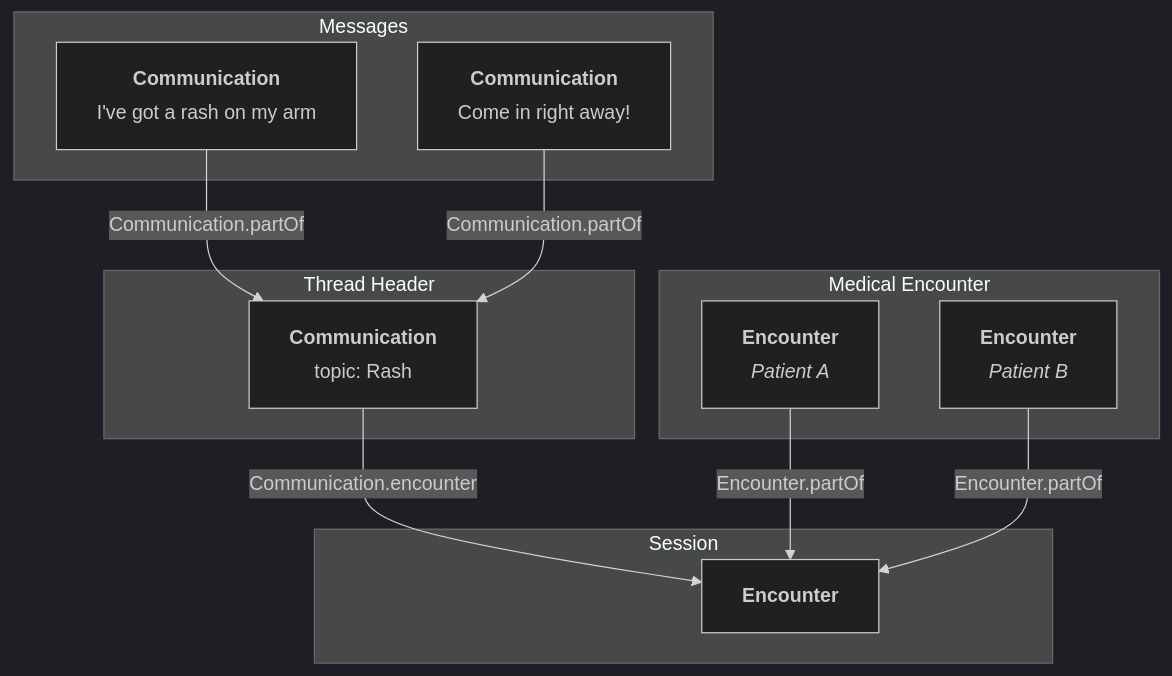
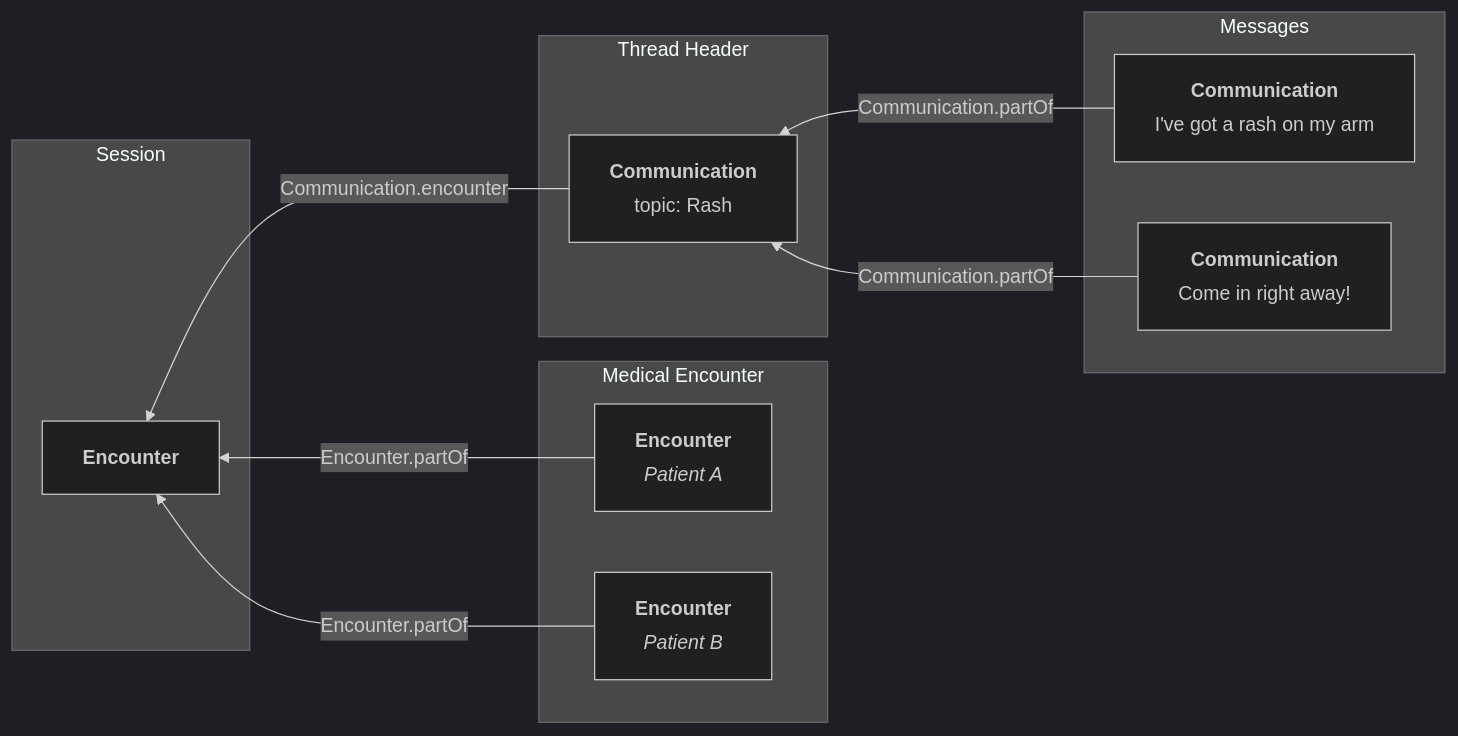
The second of 2 diagrams in packages/docs/docs/communications/async-encounters/async-encounters.md (medplum/medplum), drawn with Mermaid (dark theme) before and after one commit.

Commit message:
Update mermaid chart to right-left

````diff
--- a/packages/docs/docs/communications/async-encounters/async-encounters.md
+++ b/packages/docs/docs/communications/async-encounters/async-encounters.md
@@ -73,28 +73,28 @@
 ```mermaid
 
-flowchart TD
+flowchart RL
     subgraph Session
        A[<table><thead><tr><th>Encounter</th></tr></thead></table>]
     end
 
     subgraph Medical Encounter
         B[<table><thead><tr><th>Encounter</th></tr></thead><tbody><tr><td><em>Patient A</em></td></tr></tobdy></table>]
         C[<table><thead><tr><th>Encounter</th></tr></thead><tbody><tr><td><em>Patient B</em></td></tr></tobdy></table>]
     end
 
     subgraph Thread Header
         D[<table><thead><tr><th>Communication</th></tr></thead><tbody><tr><td>topic: Rash</td></tr></tbody></table>]
     end
 
     subgraph Messages
         E[<table><thead><tr><th>Communication</th></tr></thead><tbody><tr><td>I've got a rash on my arm</td></tr></tbody></table>]
         F[<table><thead><tr><th>Communication</th></tr></thead><tbody><tr><td>Come in right away!</td></tr></tbody></table>]
     end
 
     E --> |Communication.partOf| D
     F --> |Communication.partOf| D
     D --> |Communication.encounter| A
     B --> |Encounter.partOf| A
     C --> |Encounter.partOf| A
 
 ```
````
